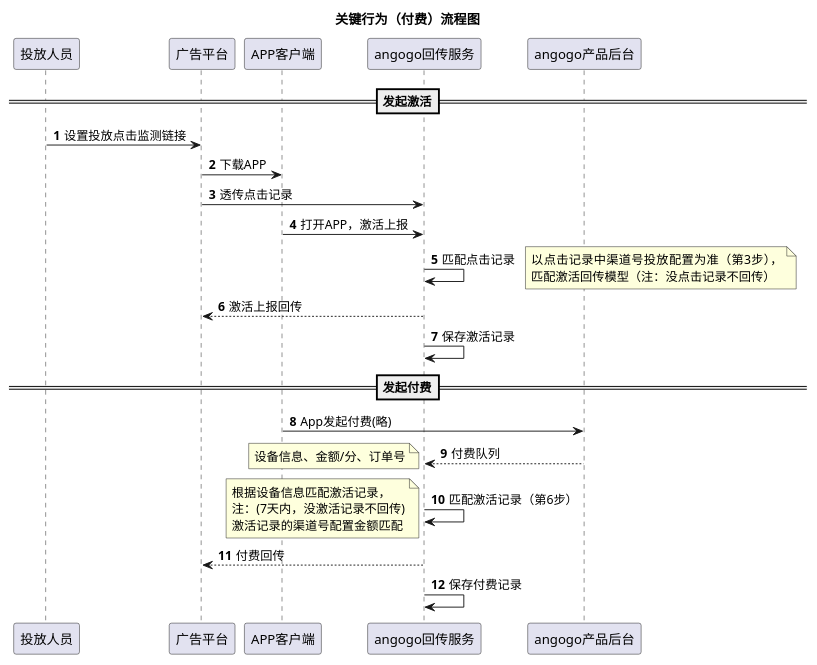
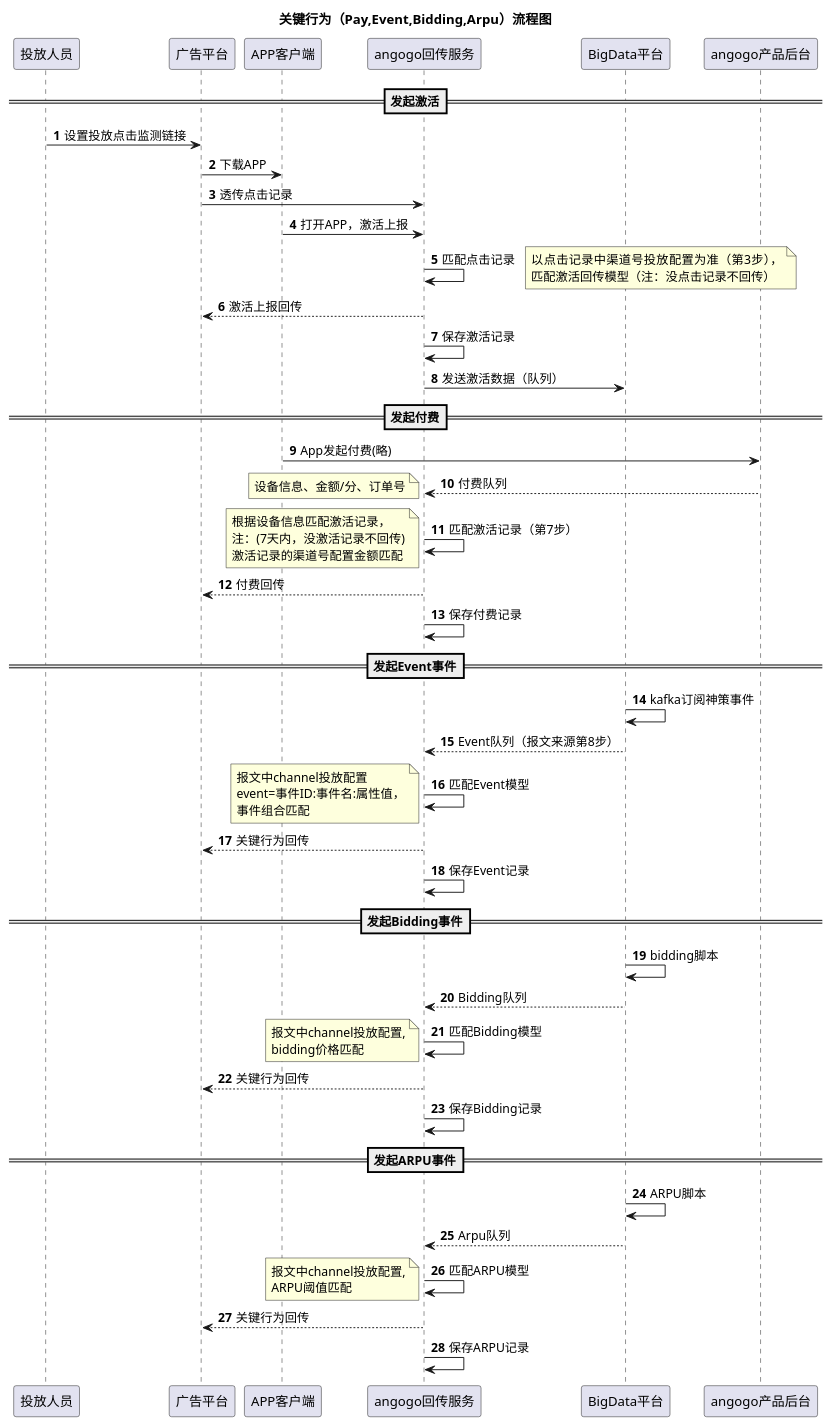
One commit to aoheng/PlantUML changed the diagram in angogo/feedback/behavior.puml. Above: the diagram before and after it, drawn with PlantUML.

Commit message:
feat: 关键行为（Pay,Event,Bidding,Arpu）流程图

```diff
--- a/angogo/feedback/behavior.puml
+++ b/angogo/feedback/behavior.puml
@@ -1,40 +1,72 @@
 @startuml
 'https://plantuml.com/sequence-diagram
 
-title 关键行为（付费）流程图
+title 关键行为（Pay,Event,Bidding,Arpu）流程图
 autonumber
 
 ==发起激活==
 投放人员 -> 广告平台 : 设置投放点击监测链接
 广告平台 -> APP客户端: 下载APP
 广告平台 -> angogo回传服务: 透传点击记录
 APP客户端 -> angogo回传服务: 打开APP，激活上报
 angogo回传服务 ->angogo回传服务: 匹配点击记录
 note right
 以点击记录中渠道号投放配置为准（第3步），
 匹配激活回传模型（注：没点击记录不回传）
 end note
 angogo回传服务 --> 广告平台: 激活上报回传
 angogo回传服务 ->angogo回传服务: 保存激活记录
+angogo回传服务 ->BigData平台: 发送激活数据（队列）
 
 /'newpage'/
 ==发起付费==
 
 APP客户端 -> angogo产品后台: App发起付费(略)
 angogo产品后台 --> angogo回传服务: 付费队列
 note left
 设备信息、金额/分、订单号
 end note
-angogo回传服务 ->angogo回传服务: 匹配激活记录（第6步）
+angogo回传服务 ->angogo回传服务: 匹配激活记录（第7步）
 note left
 根据设备信息匹配激活记录，
 注：(7天内，没激活记录不回传)
 激活记录的渠道号配置金额匹配
 end note
 angogo回传服务-->广告平台: 付费回传
 angogo回传服务->angogo回传服务:保存付费记录
 
+==发起Event事件==
+BigData平台->BigData平台:kafka订阅神策事件
+BigData平台-->angogo回传服务:Event队列（报文来源第8步）
+angogo回传服务->angogo回传服务:匹配Event模型
+note left
+报文中channel投放配置
+event=事件ID:事件名:属性值，
+事件组合匹配
+end note
+angogo回传服务-->广告平台: 关键行为回传
+angogo回传服务->angogo回传服务:保存Event记录
 
+==发起Bidding事件==
+BigData平台->BigData平台:bidding脚本
+BigData平台-->angogo回传服务:Bidding队列
+angogo回传服务->angogo回传服务:匹配Bidding模型
+note left
+报文中channel投放配置,
+bidding价格匹配
+end note
+angogo回传服务-->广告平台: 关键行为回传
+angogo回传服务->angogo回传服务:保存Bidding记录
 
+==发起ARPU事件==
+BigData平台->BigData平台:ARPU脚本
+BigData平台-->angogo回传服务:Arpu队列
+angogo回传服务->angogo回传服务:匹配ARPU模型
+note left
+报文中channel投放配置,
+ARPU阈值匹配
+end note
+angogo回传服务-->广告平台: 关键行为回传
+angogo回传服务->angogo回传服务:保存ARPU记录
 
 @enduml
```
